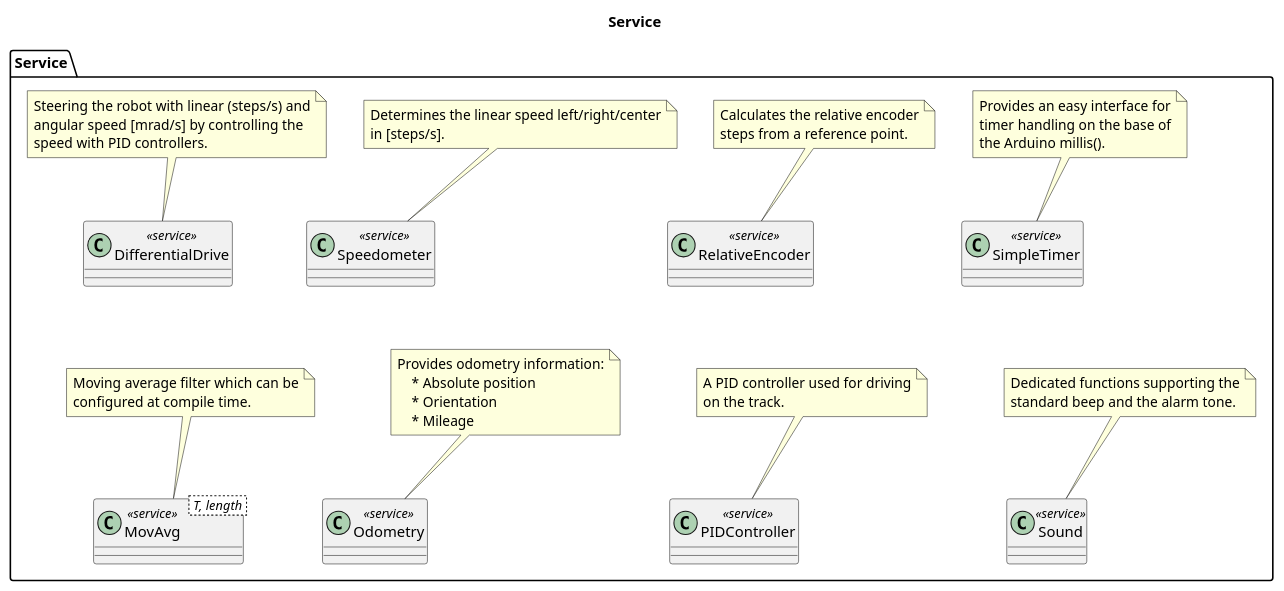
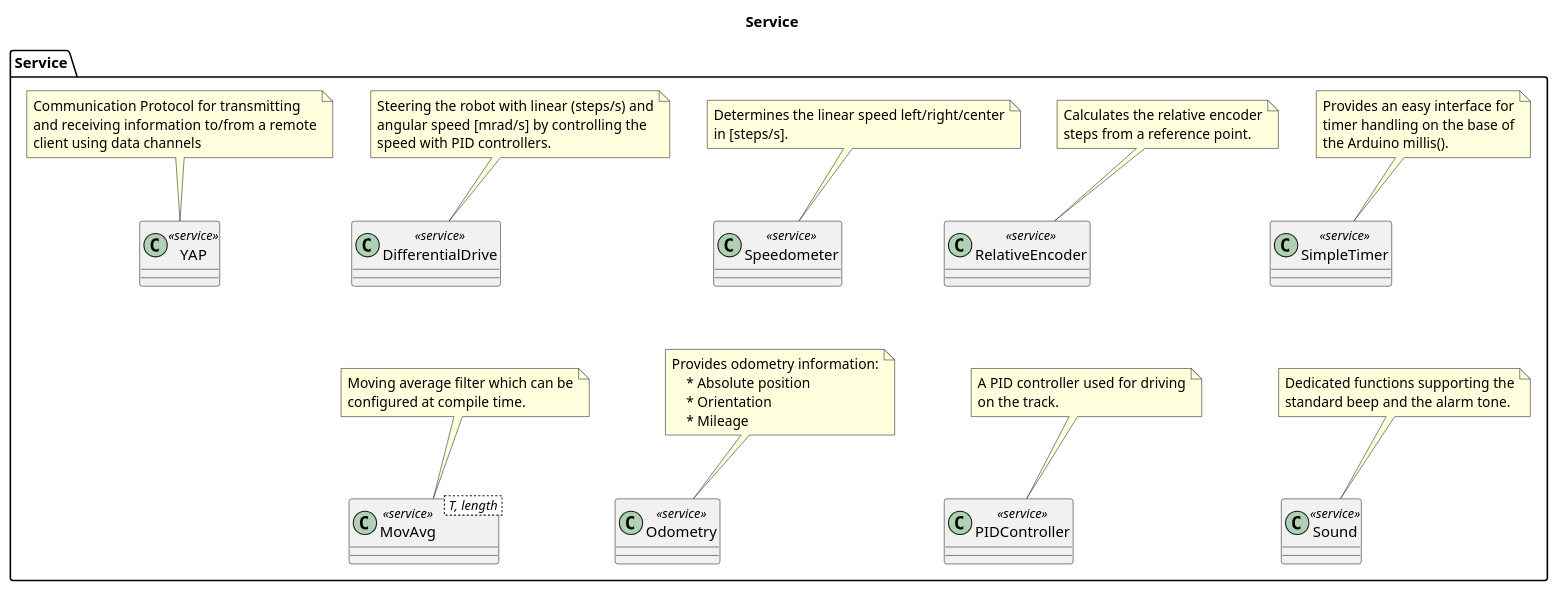
One commit to BlueAndi/RadonUlzer changed the diagram in doc/architecture/uml/LogicalView/Service.plantuml. Above: the diagram before and after it, drawn with PlantUML. The commit also changed 23 other files, not shown here.

First line of the commit message:
Yet Another Protocol (YAP) (#2)

```diff
--- a/doc/architecture/uml/LogicalView/Service.plantuml
+++ b/doc/architecture/uml/LogicalView/Service.plantuml
@@ -1,73 +1,81 @@
 @startuml
 
 title Service
 
 package "Service" as serviceLayer {
 
     class Sound <<service>>
 
     note top of Sound
         Dedicated functions supporting the
         standard beep and the alarm tone.
     end note
 
     class SimpleTimer <<service>>
 
     note top of SimpleTimer
         Provides an easy interface for
         timer handling on the base of
         the Arduino millis().
     end note
 
     class Odometry <<service>>
 
     note top of Odometry
         Provides odometry information:
             * Absolute position
             * Orientation
             * Mileage
     end note
 
     class PIDController <<service>>
 
     note top of PIDController
         A PID controller used for driving
         on the track.
     end note
 
     class MovAvg < T, length > <<service>>
 
     note top of MovAvg
         Moving average filter which can be
         configured at compile time.
     end note
 
     class RelativeEncoder <<service>>
 
     note top of RelativeEncoder
         Calculates the relative encoder
         steps from a reference point.
     end note
 
     class Speedometer <<service>>
 
     note top of Speedometer
         Determines the linear speed left/right/center
         in [steps/s].
     end note
 
     class DifferentialDrive <<service>>
 
     note top of DifferentialDrive
         Steering the robot with linear (steps/s) and
         angular speed [mrad/s] by controlling the
         speed with PID controllers.
     end note
 
+    class YAP <<service>>
+
+    note top of YAP
+        Communication Protocol for transmitting 
+        and receiving information to/from a remote
+        client using data channels
+    end note
+
     DifferentialDrive -[hidden]-- MovAvg
     Speedometer -[hidden]-- Odometry
     RelativeEncoder -[hidden]-- PIDController
     SimpleTimer -[hidden]-- Sound
 }
 
 @enduml
```
